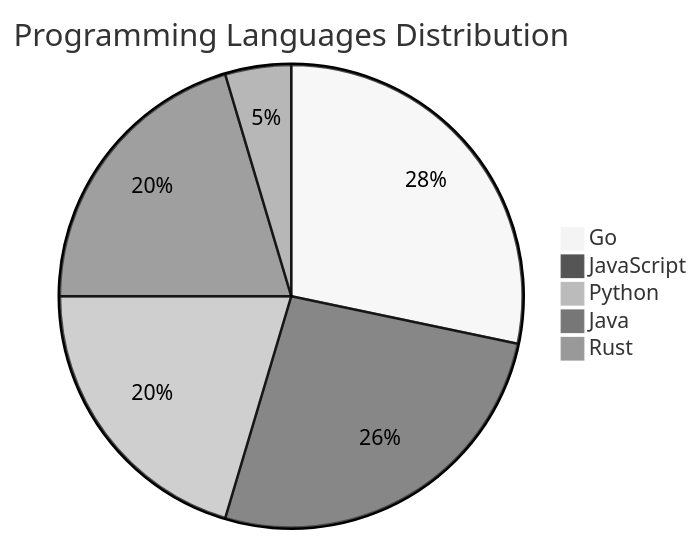
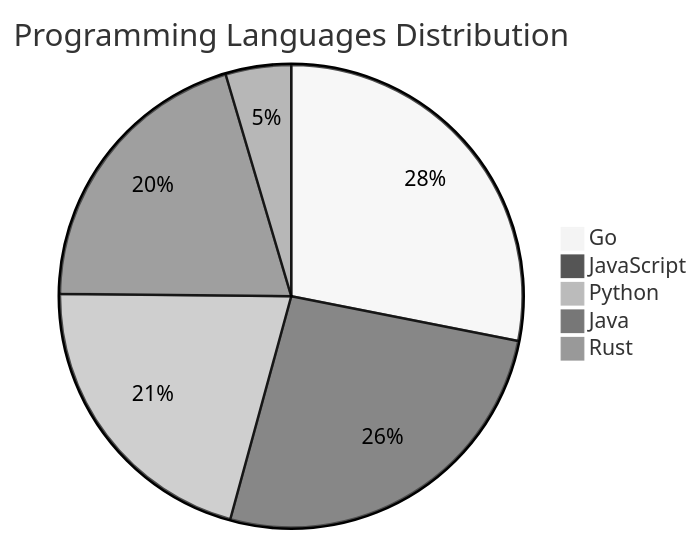
Before and after one commit to Derrick-MUGISHA/github-activity-bot: the diagram in README.md, drawn with Mermaid (neutral theme). The commit also changed other lines of this file and 4 other files, not shown here.

````diff
--- a/README.md
+++ b/README.md
@@ -205,8 +205,8 @@
 ```mermaid
 pie title Programming Languages Distribution
     "Go" : 43
     "JavaScript" : 40
-    "Python" : 31
+    "Python" : 32
     "Java" : 31
     "Rust" : 7
 ```
````
